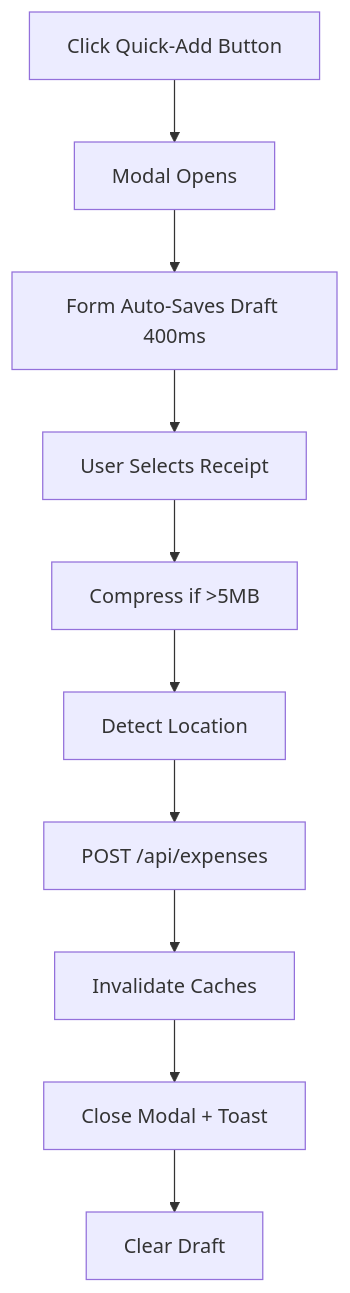
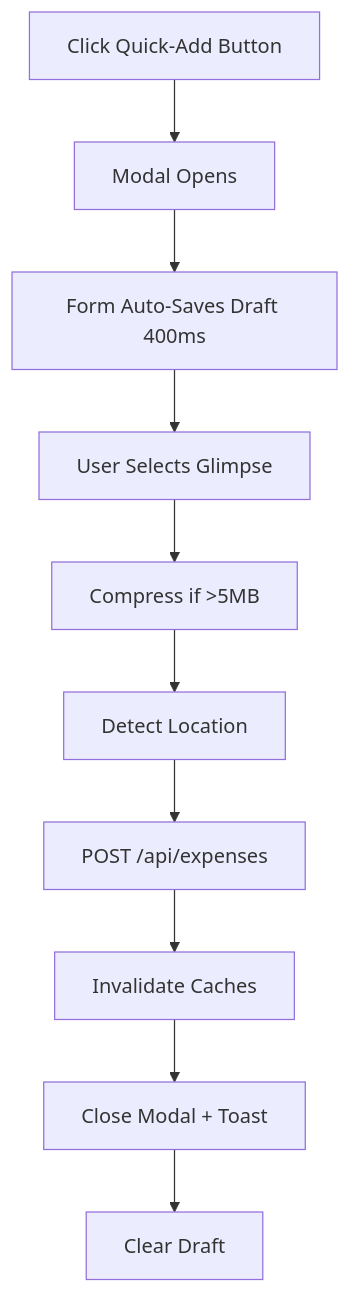
The second of 5 diagrams in docs/UX.md (bharatbhusal/track-my-biryani), drawn with Mermaid before and after one commit. The commit also changed other lines of this file and 36 other files, not shown here.

````diff
--- a/docs/UX.md
+++ b/docs/UX.md
@@ -73,12 +73,12 @@
 ```mermaid
 flowchart TD
   A[Click Quick-Add Button] --> B[Modal Opens]
   B --> C[Form Auto-Saves Draft 400ms]
-  C --> D[User Selects Receipt]
+  C --> D[User Selects Glimpse]
   D --> E[Compress if >5MB]
   E --> F[Detect Location]
   F --> G[POST /api/expenses]
   G --> H[Invalidate Caches]
   H --> I[Close Modal + Toast]
   I --> J[Clear Draft]
 ```
````
